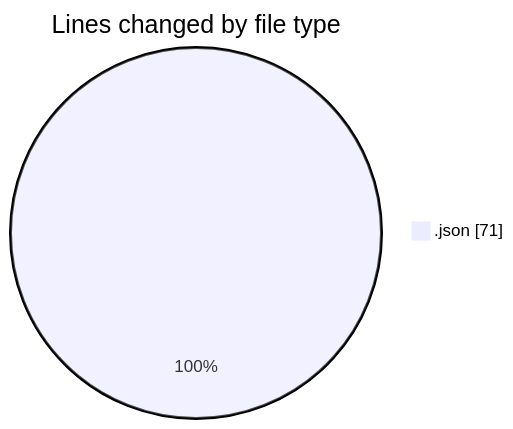
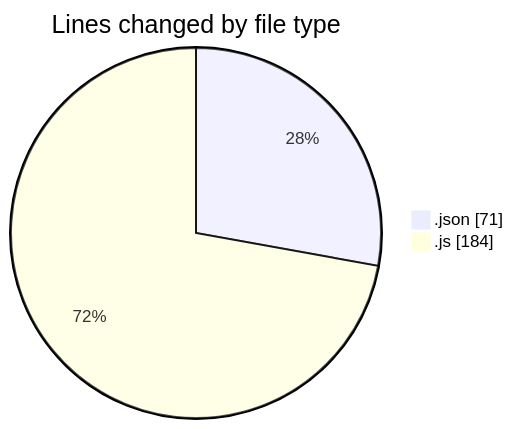
Before and after one commit to momahboobian/code-tracking: the first of 2 diagrams in 2025-05-13/cda/README.md, drawn with Mermaid. The commit also changed other lines of this file and 1 other file, not shown here.

````diff
--- a/2025-05-13/cda/README.md
+++ b/2025-05-13/cda/README.md
@@ -20,5 +21,6 @@
 ```mermaid
 pie showData
 title Lines changed by file type
 ".json" : 71
+".js" : 184
 ```
````
